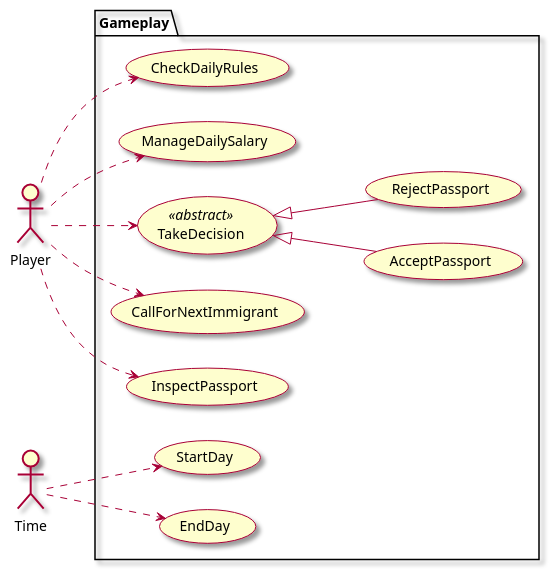
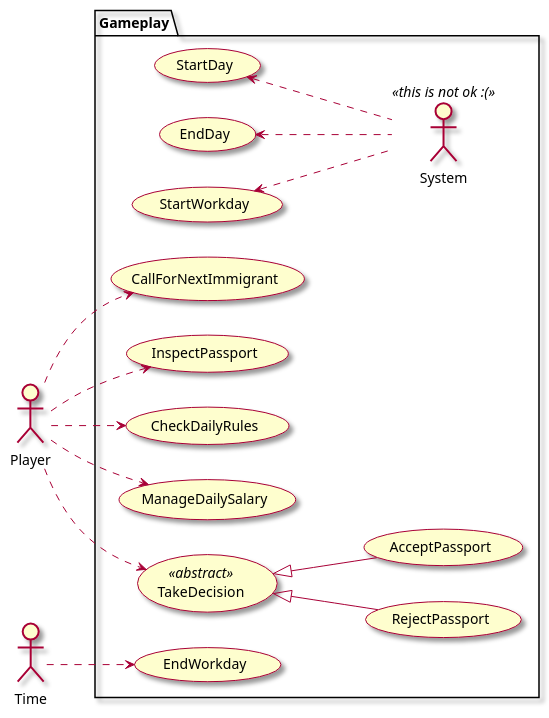
One commit to ivarovin/PapersPlease_LearningProject changed the diagram in Assets/PapersPlease/Documentation~/UseCases.puml. Above: the diagram before and after it, drawn with PlantUML.

Commit message:
docs: introduce workday use cases

```diff
--- a/Assets/PapersPlease/Documentation~/UseCases.puml
+++ b/Assets/PapersPlease/Documentation~/UseCases.puml
@@ -1,35 +1,42 @@
 @startuml
 skin rose
 left to right direction
 
 actor Player
 actor Time
 
 package Gameplay{
     usecase CallForNextImmigrant
     usecase AcceptPassport
     usecase RejectPassport
     usecase InspectPassport
     usecase TakeDecision  <<abstract>> 
     usecase EndDay
     usecase StartDay
+    usecase StartWorkday
+    usecase EndWorkday
     usecase CheckDailyRules
     usecase ManageDailySalary
 
 '    gestionar recursos
 
     AcceptPassport -u-|> TakeDecision
     RejectPassport -u-|> TakeDecision
+    
+    actor System <<this is not ok :(>>
+    
+    System .u.> StartWorkday
+    System .u.> EndDay
+    System .u.> StartDay
 }
 
 Player ..> CallForNextImmigrant
 Player ..> InspectPassport
 Player ..> TakeDecision
 Player ..> ManageDailySalary
 Player ..> CheckDailyRules
 
-Time ..> EndDay
-Time ..> StartDay
+Time ..> EndWorkday
 
 
 @enduml
```
